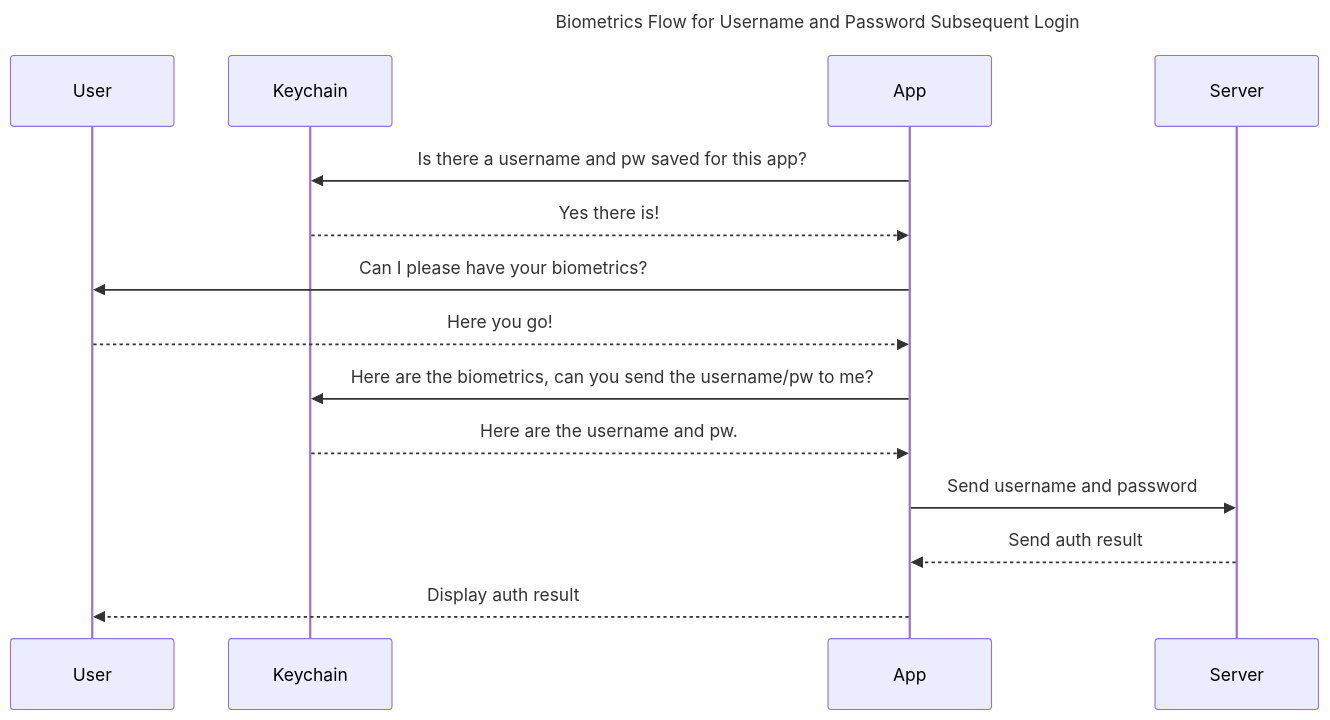
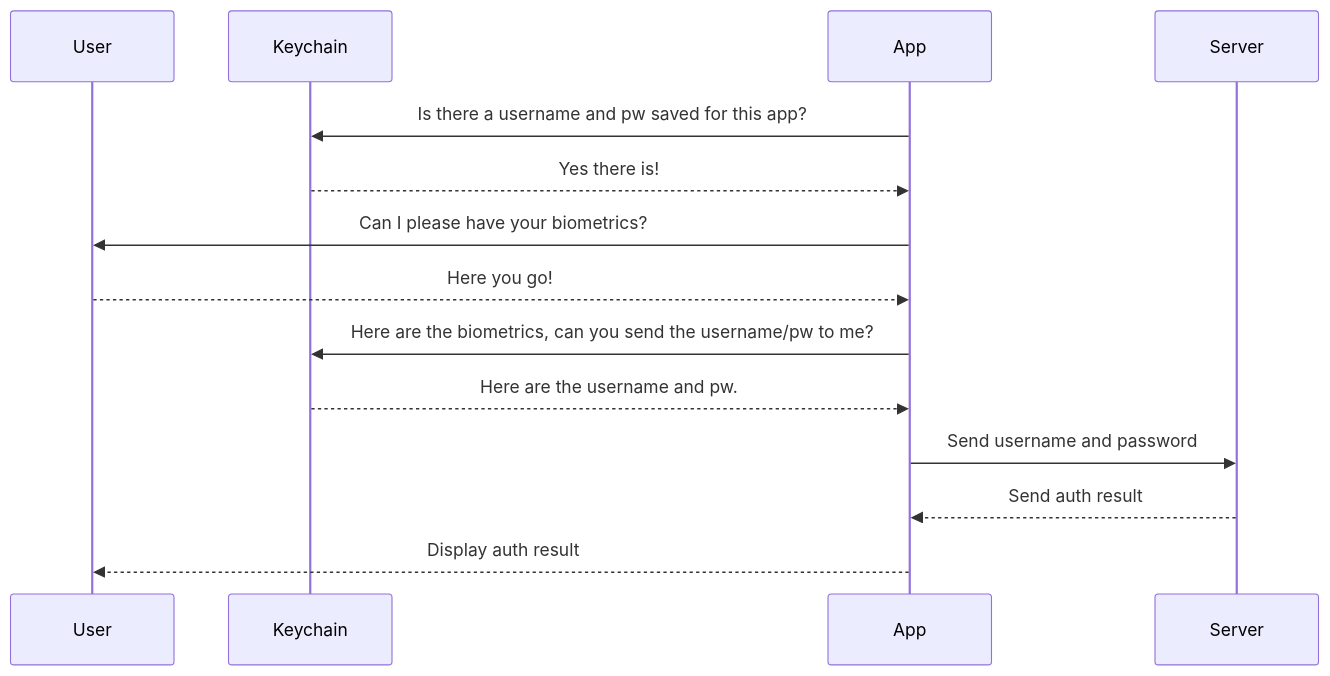
One commit to department-of-veterans-affairs/va-mobile-app changed the third of 5 diagrams in VAMobile/documentation/docs/Engineering/BackEnd/Architecture/Auth Diagrams.md. Above: the diagram before and after it, drawn with Mermaid. The commit also changed other lines of this file and 6 other files, not shown here.

````diff
--- a/VAMobile/documentation/docs/Engineering/BackEnd/Architecture/Auth Diagrams.md
+++ b/VAMobile/documentation/docs/Engineering/BackEnd/Architecture/Auth Diagrams.md
@@ -33,17 +37,16 @@
 ```mermaid
 sequenceDiagram
-    title: Biometrics Flow for Username and Password Subsequent Login
     participant User
     participant Keychain
     participant App
     participant Server
     App->>Keychain: Is there a username and pw saved for this app?
     Keychain-->>App: Yes there is!
     App->>User: Can I please have your biometrics?
     User-->>App: Here you go!
     App->>Keychain: Here are the biometrics, can you send the username/pw to me?
     Keychain-->>App: Here are the username and pw.
     App->>Server: Send username and password
     Server-->>App: Send auth result
     App-->>User: Display auth result
 ```
````
